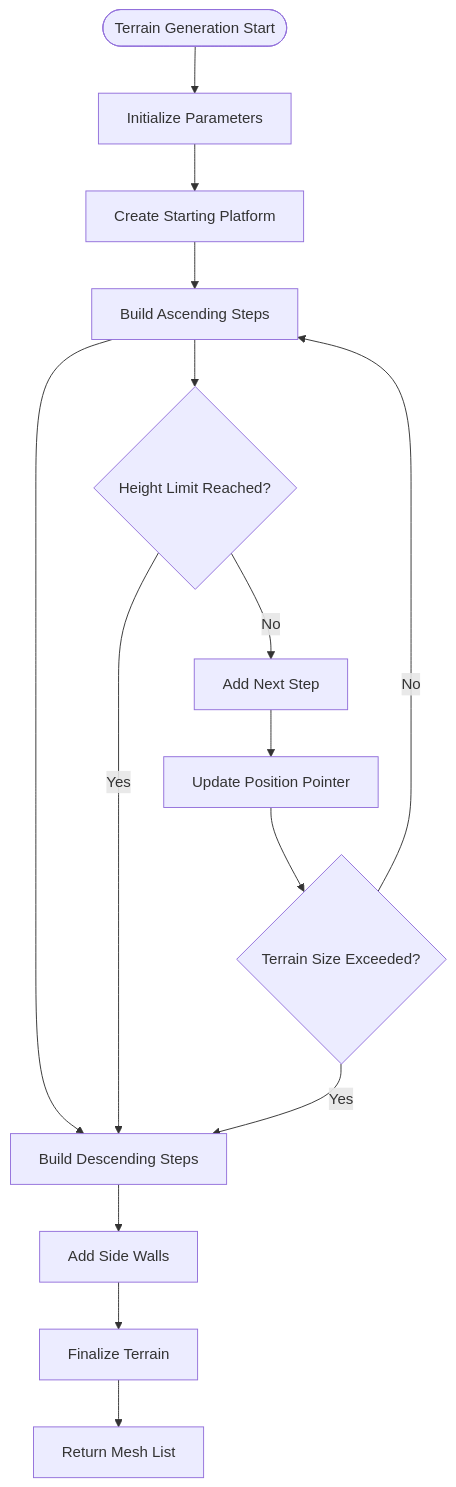
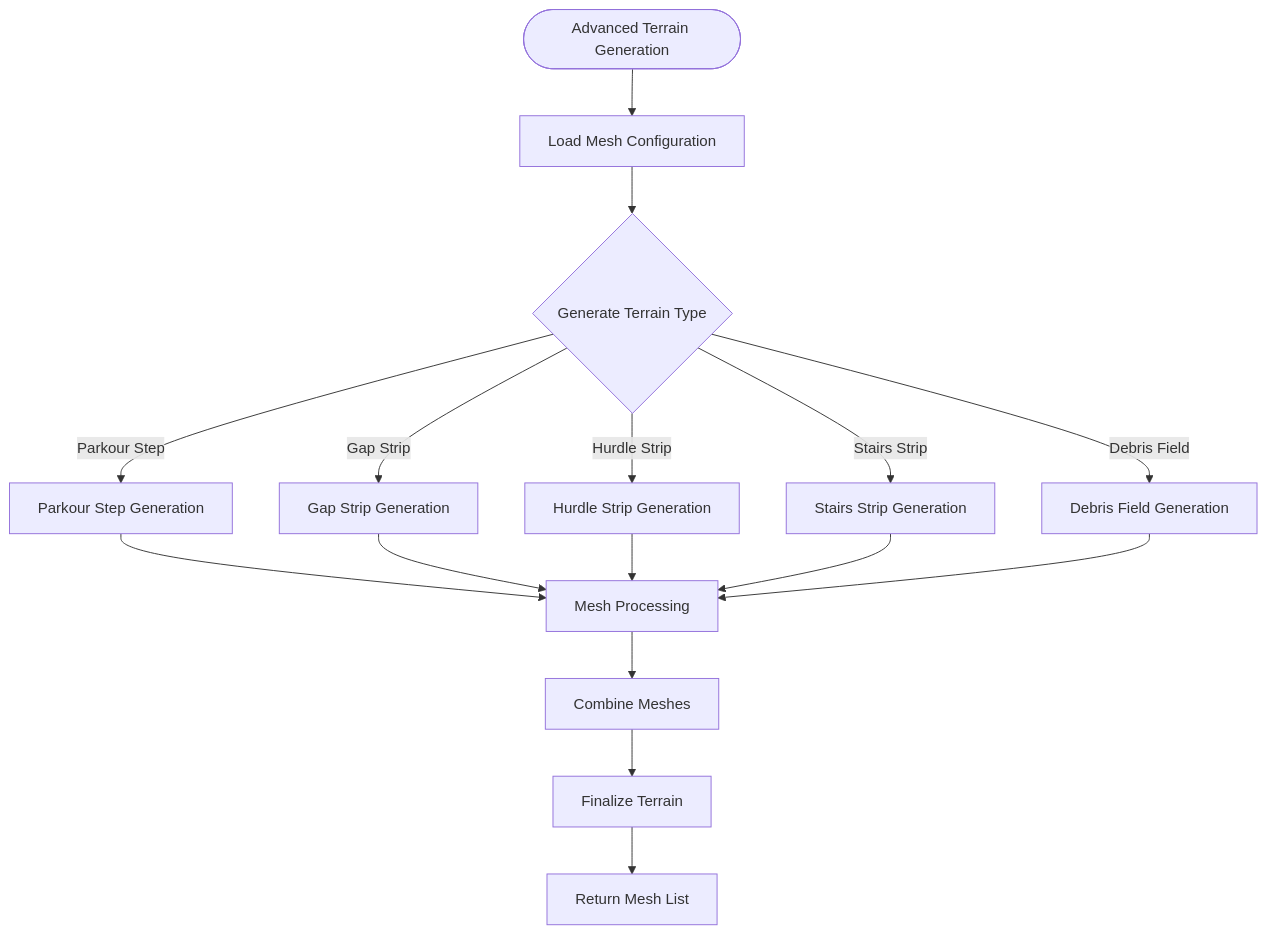
One commit to jayjayhust/robot_lab changed the fourth of 11 diagrams in .qoder/repowiki/en/content/Task Configuration Framework/Velocity-Based Locomotion Tasks/Parkour Navigation System.md. Above: the diagram before and after it, drawn with Mermaid. The commit also changed other lines of this file and 17 other files, not shown here.

````diff
--- a/.qoder/repowiki/en/content/Task Configuration Framework/Velocity-Based Locomotion Tasks/Parkour Navigation System.md
+++ b/.qoder/repowiki/en/content/Task Configuration Framework/Velocity-Based Locomotion Tasks/Parkour Navigation System.md
@@ -178,17 +206,18 @@
 ```mermaid
 flowchart TD
-TerrainStart([Terrain Generation Start]) --> InitParams[Initialize Parameters]
-InitParams --> CreatePlatform[Create Starting Platform]
-CreatePlatform --> BuildSteps[Build Ascending Steps]
-BuildSteps --> BuildDescend[Build Descending Steps]
-BuildDescend --> CreateWalls[Add Side Walls]
-CreateWalls --> FinalizeTerrain[Finalize Terrain]
+TerrainStart([Advanced Terrain Generation]) --> MeshConfig[Load Mesh Configuration]
+MeshConfig --> GenerateType{Generate Terrain Type}
+GenerateType --> |Parkour Step| ParkourGen[Parkour Step Generation]
+GenerateType --> |Gap Strip| GapGen[Gap Strip Generation]
+GenerateType --> |Hurdle Strip| HurdleGen[Hurdle Strip Generation]
+GenerateType --> |Stairs Strip| StairsGen[Stairs Strip Generation]
+GenerateType --> |Debris Field| DebrisGen[Debris Field Generation]
+ParkourGen --> MeshProcessing[Mesh Processing]
+GapGen --> MeshProcessing
+HurdleGen --> MeshProcessing
+StairsGen --> MeshProcessing
+DebrisGen --> MeshProcessing
+MeshProcessing --> CombineMesh[Combine Meshes]
+CombineMesh --> FinalizeTerrain[Finalize Terrain]
 FinalizeTerrain --> ReturnMesh[Return Mesh List]
-BuildSteps --> CheckHeight{Height Limit Reached?}
-CheckHeight --> |No| AddStep[Add Next Step]
-CheckHeight --> |Yes| BuildDescend
-AddStep --> UpdatePtr[Update Position Pointer]
-UpdatePtr --> CheckSize{Terrain Size Exceeded?}
-CheckSize --> |No| BuildSteps
-CheckSize --> |Yes| BuildDescend
 ```
````
